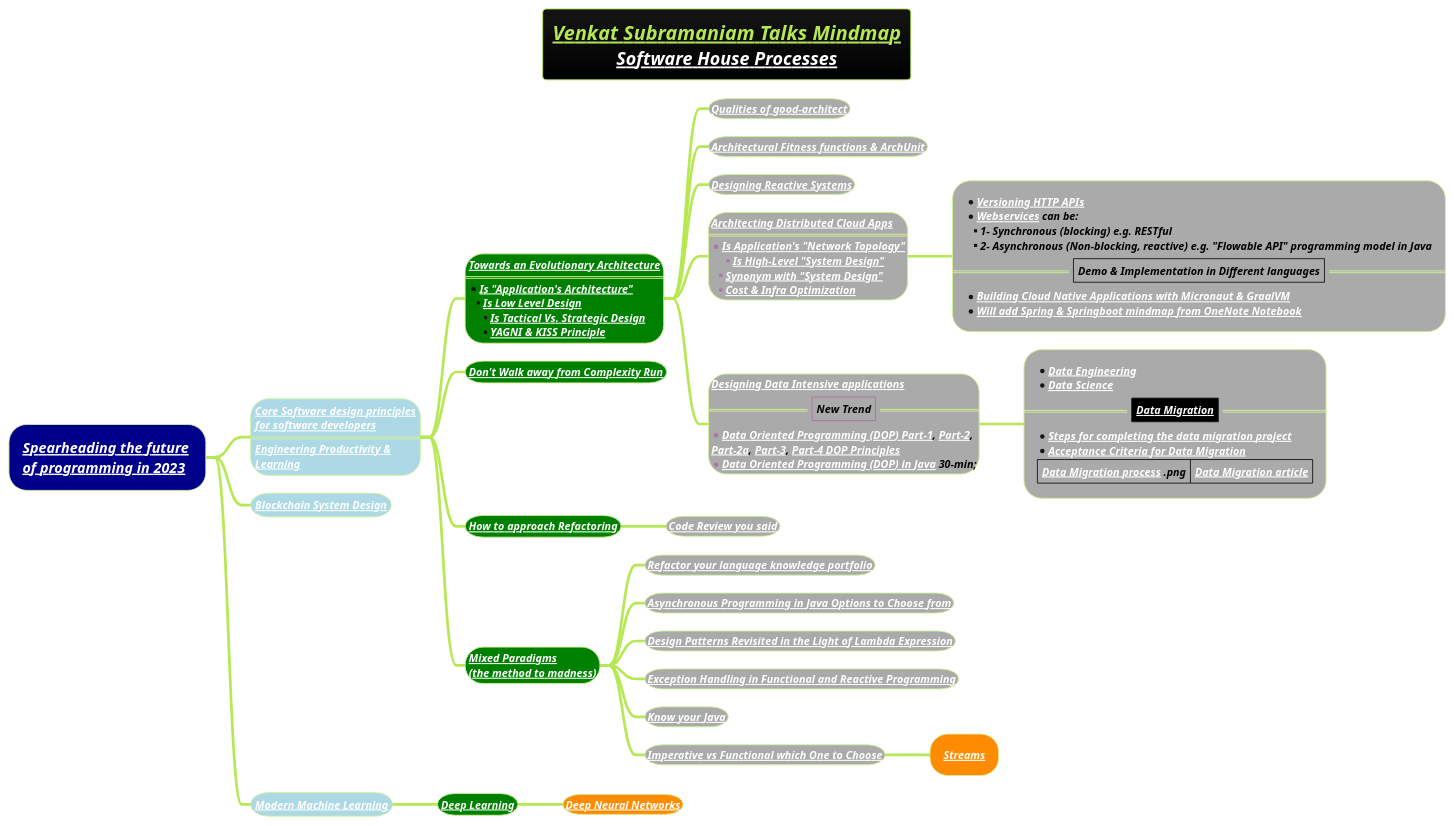
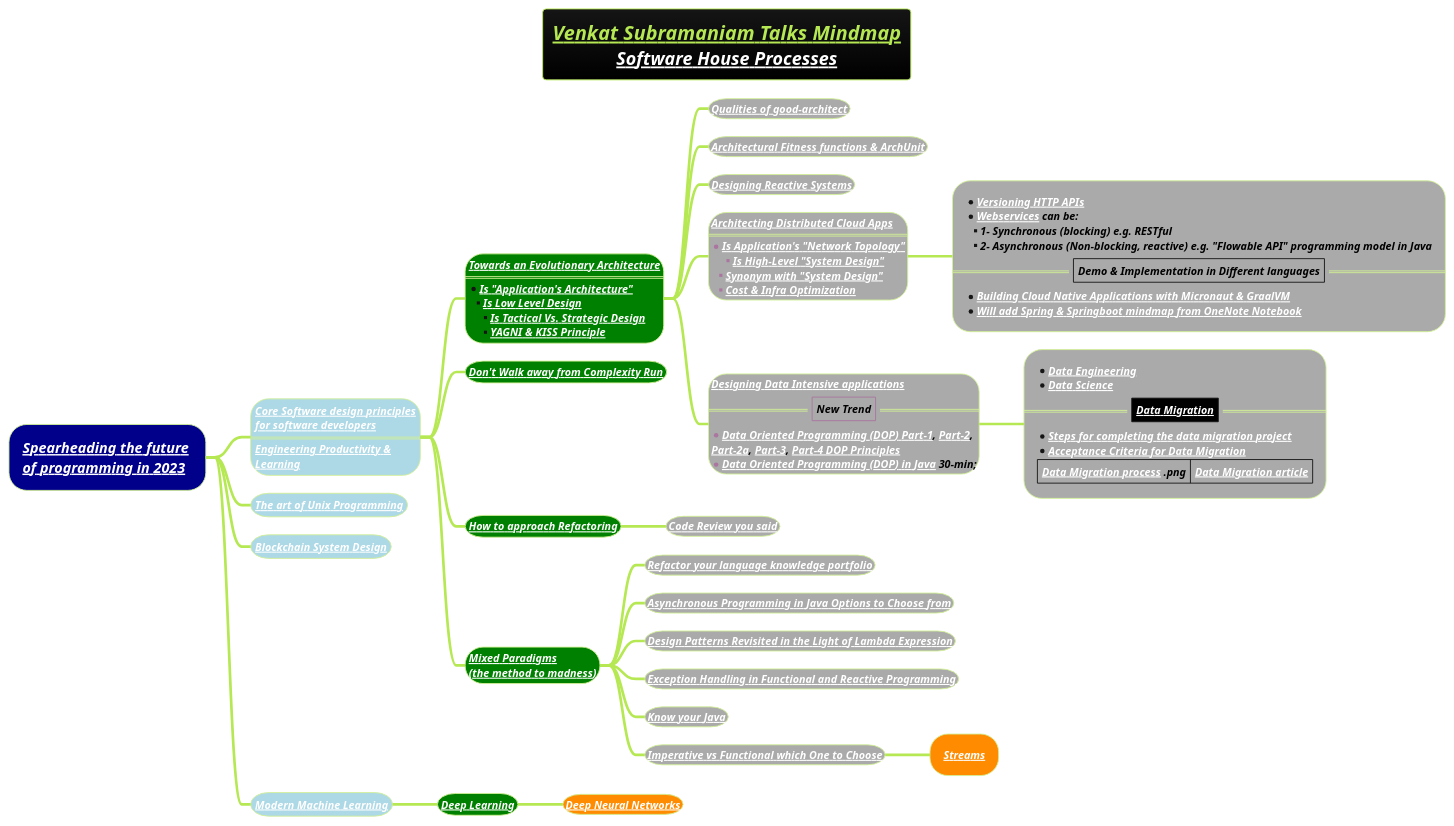
Before and after one commit to MehmoodHashmi/Documentation-as-Code-DaC: the diagram in docs/3-programming-languages/Venkat-Subramaniam/venkat-talks-mindmap.puml, drawn with PlantUML. The commit also changed 5 other files, not shown here.

```diff
--- a/docs/3-programming-languages/Venkat-Subramaniam/venkat-talks-mindmap.puml
+++ b/docs/3-programming-languages/Venkat-Subramaniam/venkat-talks-mindmap.puml
@@ -1,68 +1,69 @@
 @startmindmap
 title =<i><b><u><size:18>Venkat Subramaniam Talks Mindmap \n<i>[[docs/1-business-analyst/client-management/software-house/Software-House-Processes.puml Software House Processes]]
 !theme hacker
 
 *[#darkblue] <i><color #black>[[docs/3-programming-languages/Venkat-Subramaniam/Spearheading-the-future-of-programming-2023.puml Spearheading the future]] \n<i><color #black>[[docs/3-programming-languages/Venkat-Subramaniam/Spearheading-the-future-of-programming-2023.puml of programming in 2023]]
 **[#lightblue]:<color:white><i><size:12>[[docs/3-programming-languages/Venkat-Subramaniam/Core-Software-design-principles-for-software-developers.puml Core Software design principles]]
 <color:white><i><size:12>[[docs/3-programming-languages/Venkat-Subramaniam/Core-Software-design-principles-for-software-developers.puml for software developers]]
 ====
 <b><i><color #black><size:12>[[docs/3-programming-languages/Venkat-Subramaniam/Engineering-Productivity-and-Learning.puml Engineering Productivity &]]
 <b><i><color #black><size:12>[[docs/3-programming-languages/Venkat-Subramaniam/Engineering-Productivity-and-Learning.puml Learning]];
 
 ***[#green]:<b><i><color #black><size:12>[[docs/3-programming-languages/Venkat-Subramaniam/Towards-an-Evolutionary-Architecture.puml Towards an Evolutionary Architecture]]
 ====
 *<b><i><color #black><size:12>[[docs/3-programming-languages/Venkat-Subramaniam/images/img_149.png Is "Application's Architecture"]]
 **<b><i><color #black><size:12>[[docs/3-programming-languages/Venkat-Subramaniam/Towards-an-Evolutionary-Architecture.puml Is Low Level Design]]
 ***<b><i><color #black><size:12>[[docs/3-programming-languages/Venkat-Subramaniam/Core-Software-design-principles-for-software-developers.puml Is Tactical Vs. Strategic Design]]
 ***<b><i><color #black><size:12>[[docs/3-programming-languages/Venkat-Subramaniam/Towards-an-Evolutionary-Architecture.puml YAGNI & KISS Principle]];
 
 ****[#a] <b><i><color #black><size:12>[[docs/3-programming-languages/Venkat-Subramaniam/Qualities-of-good-architect.puml Qualities of good-architect]]
 ****[#a] <b><i><color #black><size:12>[[docs/3-programming-languages/Venkat-Subramaniam/Qualities-of-good-architect.puml Architectural Fitness functions & ArchUnit]]
 ****[#a] <b><i><color #black><size:12>[[docs/3-programming-languages/Venkat-Subramaniam/Designing-Reactive-Systems.puml Designing Reactive Systems]]
 
 ****[#a]:<b><i><color #black><size:12>[[docs/3-programming-languages/Venkat-Subramaniam/Architecting-Distributed-Cloud-Apps.puml Architecting Distributed Cloud Apps]]
 ====
 *<b><i><color #black><size:12>[[docs/3-programming-languages/Venkat-Subramaniam/images/img_149.png Is Application's "Network Topology"]]
 ***<b><i><color #black><size:12>[[docs/3-programming-languages/Venkat-Subramaniam/Architecting-Distributed-Cloud-Apps.puml Is High-Level "System Design"]]
 **<b><i><color #black><size:12>[[docs/3-programming-languages/Venkat-Subramaniam/Architecting-Distributed-Cloud-Apps.puml Synonym with "System Design"]]
 **<b><i><color #black><size:12>[[docs/3-programming-languages/Venkat-Subramaniam/Architecting-Distributed-Cloud-Apps.puml Cost & Infra Optimization]];
 
 *****[#a]:*<b><i><color #black><size:12>[[docs/3-programming-languages/Venkat-Subramaniam/Architecting-Distributed-Cloud-Apps.puml Versioning HTTP APIs]]
 *<b><i><color #black><size:12>[[docs/3-programming-languages/Venkat-Subramaniam/webservice.puml Webservices]] can be:
 **<b><i><color #black><size:12>1- Synchronous (blocking) e.g. RESTful
 **<b><i><color #black><size:12>2- Asynchronous (Non-blocking, reactive) e.g. "Flowable API" programming model in Java
 ==|<b><i><color #black><size:12>Demo & Implementation in Different languages|==
 *<b><i><color #black><size:12>[[docs/3-programming-languages/Venkat-Subramaniam/Building-Cloud-Native-Applications-with-Micronaut-and-GraalVM.puml Building Cloud Native Applications with Micronaut & GraalVM]]
 *<b><i><color #black><size:12>[[docs/3-programming-languages/Venkat-Subramaniam/Building-Cloud-Native-Applications-with-Micronaut-and-GraalVM.puml Will add Spring & Springboot mindmap from OneNote Notebook]];
 
 ****[#a]:<b><i><color #black><size:12>[[docs/books/1-books-backlog/DBMS/Designing-Data-Intensive-Applications.puml Designing Data Intensive applications]]
 ==|<b><i><color #black><size:12>New Trend|==
 *<b><i><color #black><size:12>[[docs/3-programming-languages/Venkat-Subramaniam/images/img_605.png Data Oriented Programming (DOP) Part-1]], [[docs/3-programming-languages/Venkat-Subramaniam/images/img_609.png Part-2]],
 <b><i><color #black><size:12>[[docs/3-programming-languages/Venkat-Subramaniam/images/img_590.png Part-2a]], [[docs/3-programming-languages/Venkat-Subramaniam/images/img_608.png Part-3]], [[docs/3-programming-languages/Venkat-Subramaniam/images/img_611.png Part-4 DOP Principles]]
 *<b><i><color #black><size:12>[[https://www.youtube.com/watch?v=UQAw3pvZPCY&list=LL&index=13 Data Oriented Programming (DOP) in Java]] 30-min;;
 *****[#a]:*<b><i><color #black><size:12>[[docs/AI-ML-DL-Data-Science-and-BigData/data-science/data-engineering/Data-Engineering.puml Data Engineering]]
 *<b><i><color #black><size:12>[[docs/AI-ML-DL-Data-Science-and-BigData/data-science/Data-Science.puml Data Science]]
 ==|<#black><b><i><color #black><size:12>[[docs/AI-ML-DL-Data-Science-and-BigData/data-science/data-or-database-migration/Data-Migration.puml Data Migration]]|==
 *<b><i><color #black><size:12>[[docs/AI-ML-DL-Data-Science-and-BigData/data-science/data-or-database-migration/steps-for-completing-the-data-migration-project.puml Steps for completing the data migration project]]
 *<b><i><color #black><size:12>[[docs/AI-ML-DL-Data-Science-and-BigData/data-science/data-or-database-migration/Acceptance-Criteria-for-Data-Migration.puml Acceptance Criteria for Data Migration]]
 |<b><i><color #black><size:12>[[docs/AI-ML-DL-Data-Science-and-BigData/data-science/data-or-database-migration/images/img_1.png Data Migration process]] .png|<b><i><color #black><size:12>[[https://corporatefinanceinstitute.com/resources/data-science/data-migration/ Data Migration article]]|;
 
 ***[#green] <b><i><color #black><size:12>[[docs/3-programming-languages/Venkat-Subramaniam/Do-not-Walk-Away-From-Complexity-Run.puml Don't Walk away from Complexity Run]]
 ***[#green] <b><i><color #black><size:12>[[docs/3-programming-languages/Venkat-Subramaniam/how-to-approach-refactoring.puml How to approach Refactoring]]
 ****[#a] <b><i><color #black><size:12>[[docs/3-programming-languages/Venkat-Subramaniam/Code-Review-you-said.puml Code Review you said]]
 ***[#green] <b><i><color #black><size:12>[[docs/3-programming-languages/Venkat-Subramaniam/mixed-paradigms-(the-method-to-madness).puml Mixed Paradigms]] \n<b><i><color #black><size:12>[[docs/3-programming-languages/Venkat-Subramaniam/mixed-paradigms-(the-method-to-madness).puml (the method to madness)]]
 ****[#a] <b><i><color #black><size:12>[[docs/3-programming-languages/Venkat-Subramaniam/Refactor-your-language-knowledge-portfolio-(we-are-what-we-can-code-in).puml Refactor your language knowledge portfolio]]
 ****[#a] <b><i><color #black><size:12>[[docs/3-programming-languages/Venkat-Subramaniam/Asynchronous-Programming-in-Java-Options-to-Choose-from.puml Asynchronous Programming in Java Options to Choose from]]
 ****[#a] <b><i><color #black><size:12>[[docs/3-programming-languages/Venkat-Subramaniam/Design-Patterns-revisited-in-the-Light-of-Lambda-Expression.puml Design Patterns Revisited in the Light of Lambda Expression]]
 ****[#a] <b><i><color #black><size:12>[[docs/3-programming-languages/Venkat-Subramaniam/Exception-Handling-in-Functional-and-Reactive-Programming.puml Exception Handling in Functional and Reactive Programming]]
 ****[#a] <b><i><color #black><size:12>[[docs/3-programming-languages/Venkat-Subramaniam/Know-your-java-venkat.puml Know your Java]]
 ****[#a] <b><i><color #black><size:12>[[docs/3-programming-languages/Venkat-Subramaniam/Imperative-vs-Functional-Which-one-to-Choose.puml Imperative vs Functional which One to Choose]]
 *****[#darkorange] <b><i><color #black><size:12>[[docs/3-programming-languages/Venkat-Subramaniam/Streams.puml Streams]]
 
+**[#lightblue] <color:white><i><size:12>[[docs/blockchain/Blockchain-System-Design.puml The art of Unix Programming]]
 **[#lightblue] <color:white><i><size:12>[[docs/blockchain/Blockchain-System-Design.puml Blockchain System Design]]
 
 **[#lightblue] <b><i><color #black><size:12>[[docs/AI-ML-DL-Data-Science-and-BigData/machine-learning-ML/Modern-Machine-Learning.puml Modern Machine Learning]]
 ***[#green] <b><i><color #black><size:12>[[docs/AI-ML-DL-Data-Science-and-BigData/machine-learning-ML/3-deep-learning-DL/Deep-Learning.puml Deep Learning]]
 ****[#darkorange] <b><i><color #black><size:12>[[docs/AI-ML-DL-Data-Science-and-BigData/machine-learning-ML/3-deep-learning-DL/Neural-Network-Architecture.puml Deep Neural Networks]]
 
 @endmindmap
```
